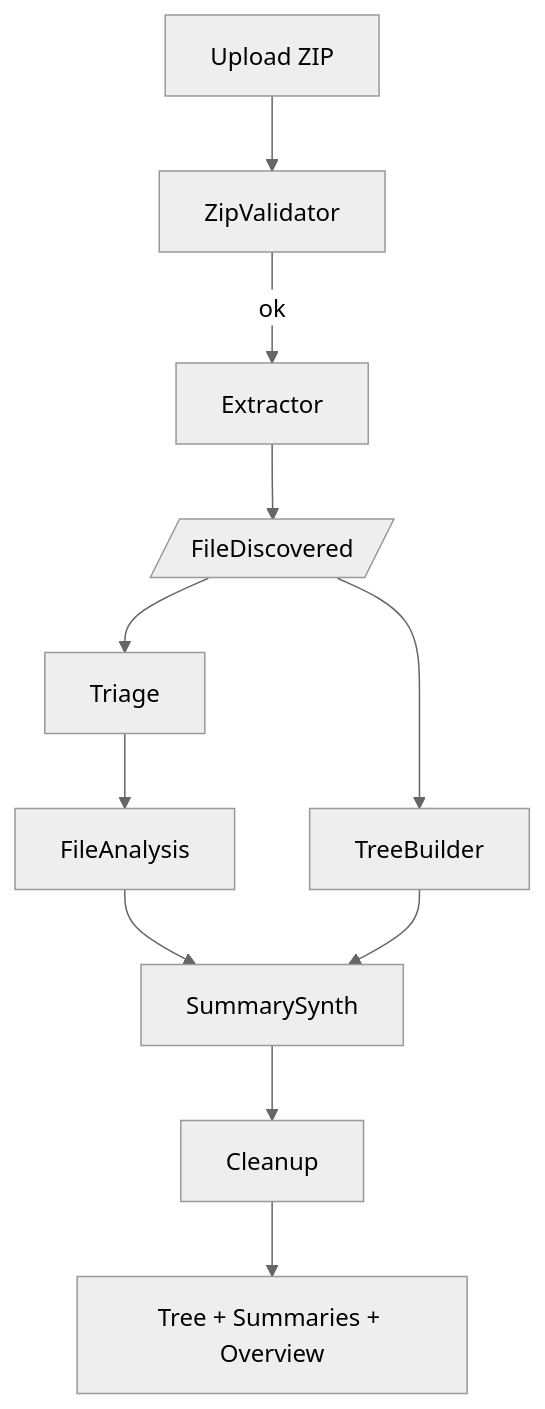
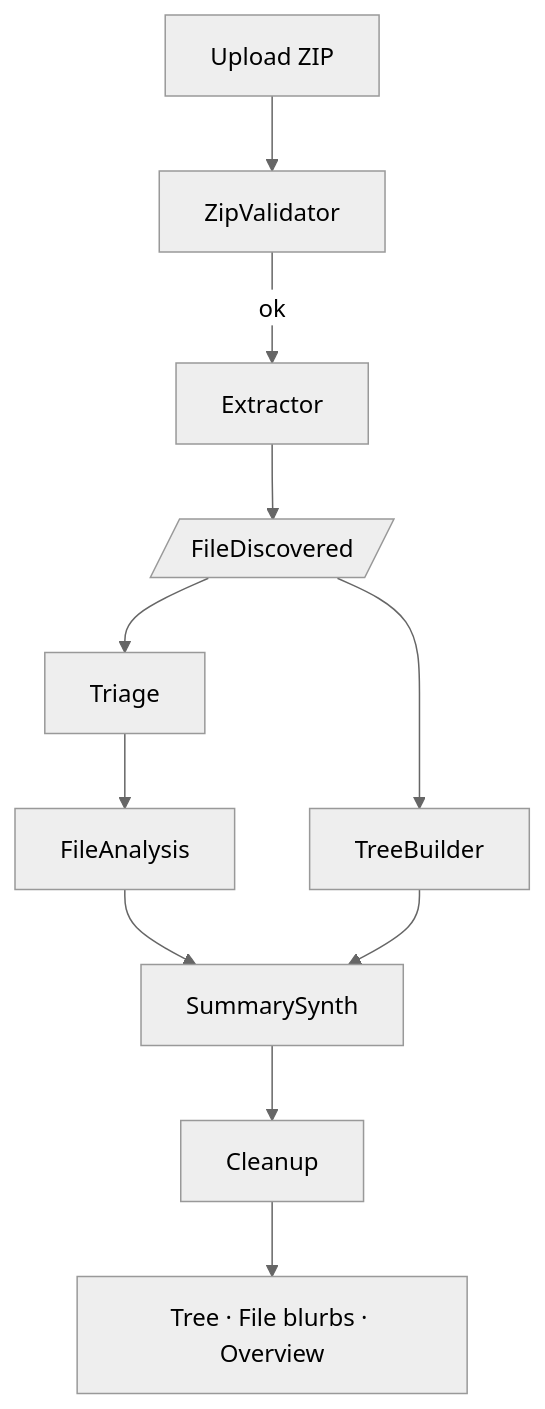
The diagram in README.md (ruslanmv/ai-project-analizer), drawn with Mermaid (neutral theme) before and after one commit. The commit also changed other lines of this file, not shown here.

````diff
--- a/README.md
+++ b/README.md
@@ -59,10 +61,10 @@
 ```mermaid
 flowchart TD
     U[Upload ZIP] --> V[ZipValidator]
     V -- ok --> X[Extractor] --> F[/FileDiscovered/]
     F --> T[TreeBuilder] & R[Triage]
     R --> A[FileAnalysis] --> S[SummarySynth]
     T --> S
     S --> C[Cleanup]
-    C --> Z[Tree + Summaries + Overview]
+    C --> Z[Tree · File blurbs · Overview]
 ```
````
